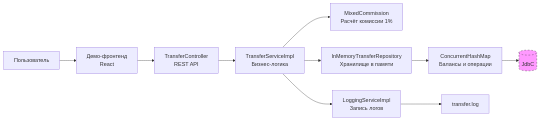
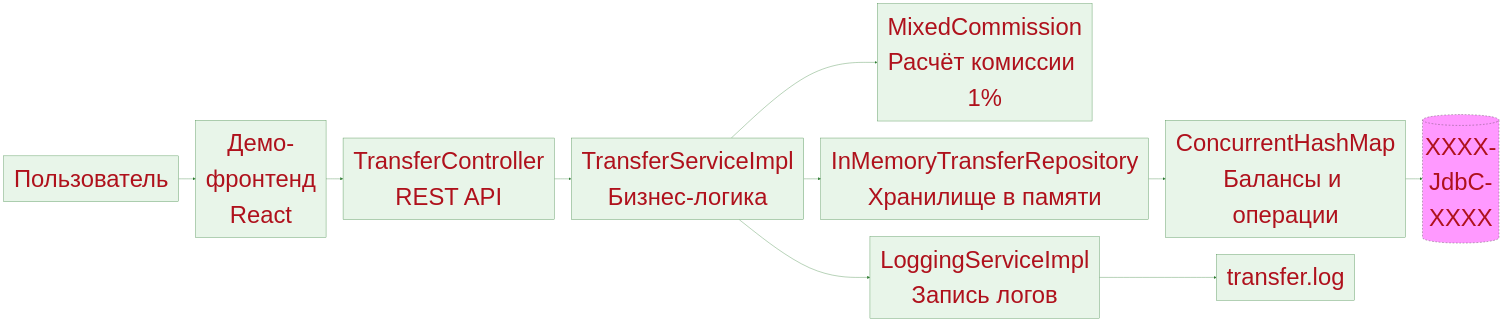
The diagram in README.md (HeroOJavaAmount/HW_MTSS), drawn with Mermaid before and after one commit.

````diff
--- a/README.md
+++ b/README.md
@@ -96,14 +96,24 @@
 ```mermaid
+%%{init: {'theme':'base', 'themeVariables': {
+  'primaryColor':'#e8f5e9',
+  'primaryTextColor':'#AF111C',
+  'primaryBorderColor':'#2e7d32',
+  'lineColor':'#2e7d32',
+  'fontSize':'70px',
+  'fontFamily':'Arial, sans-serif'
+}}}%%
+
+
 flowchart LR
     A[Пользователь] --> B[Демо-фронтенд<br/>React]
     B --> C[TransferController<br/>REST API]
     C --> D[TransferServiceImpl<br/>Бизнес-логика]
     D --> E[MixedCommission<br/>Расчёт комиссии 1%]
     D --> F[InMemoryTransferRepository<br/>Хранилище в памяти]
     D --> G[LoggingServiceImpl<br/>Запись логов]
     F --> H[ConcurrentHashMap<br/>Балансы и операции]
     G --> I[transfer.log]
-    H --> J[(JdbC)]
+    H --> J[(XXXX-JdbC-XXXX)]
 
     style J fill:#f9f,stroke:#333,stroke-dasharray: 5 5
 ```
````
